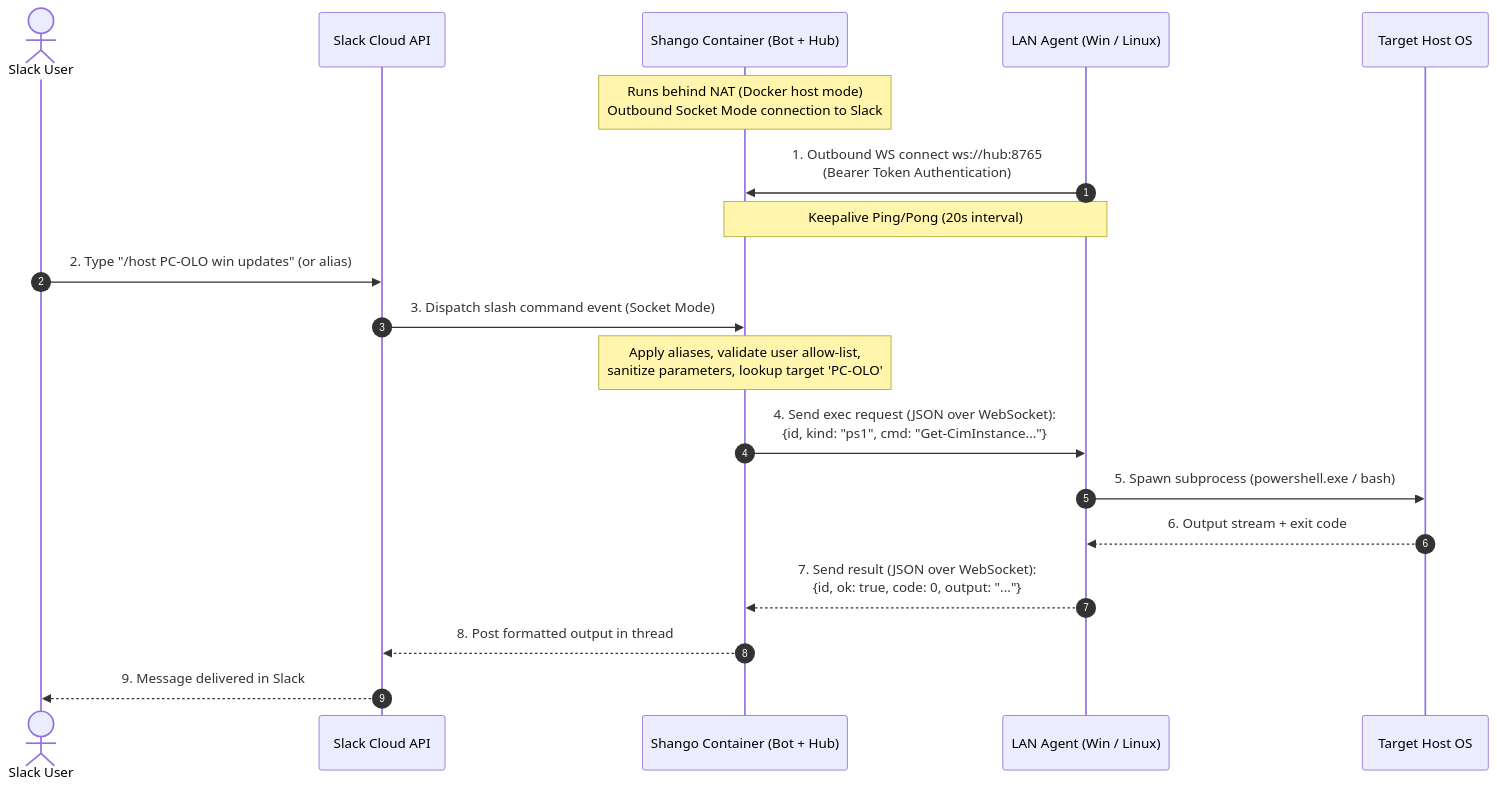
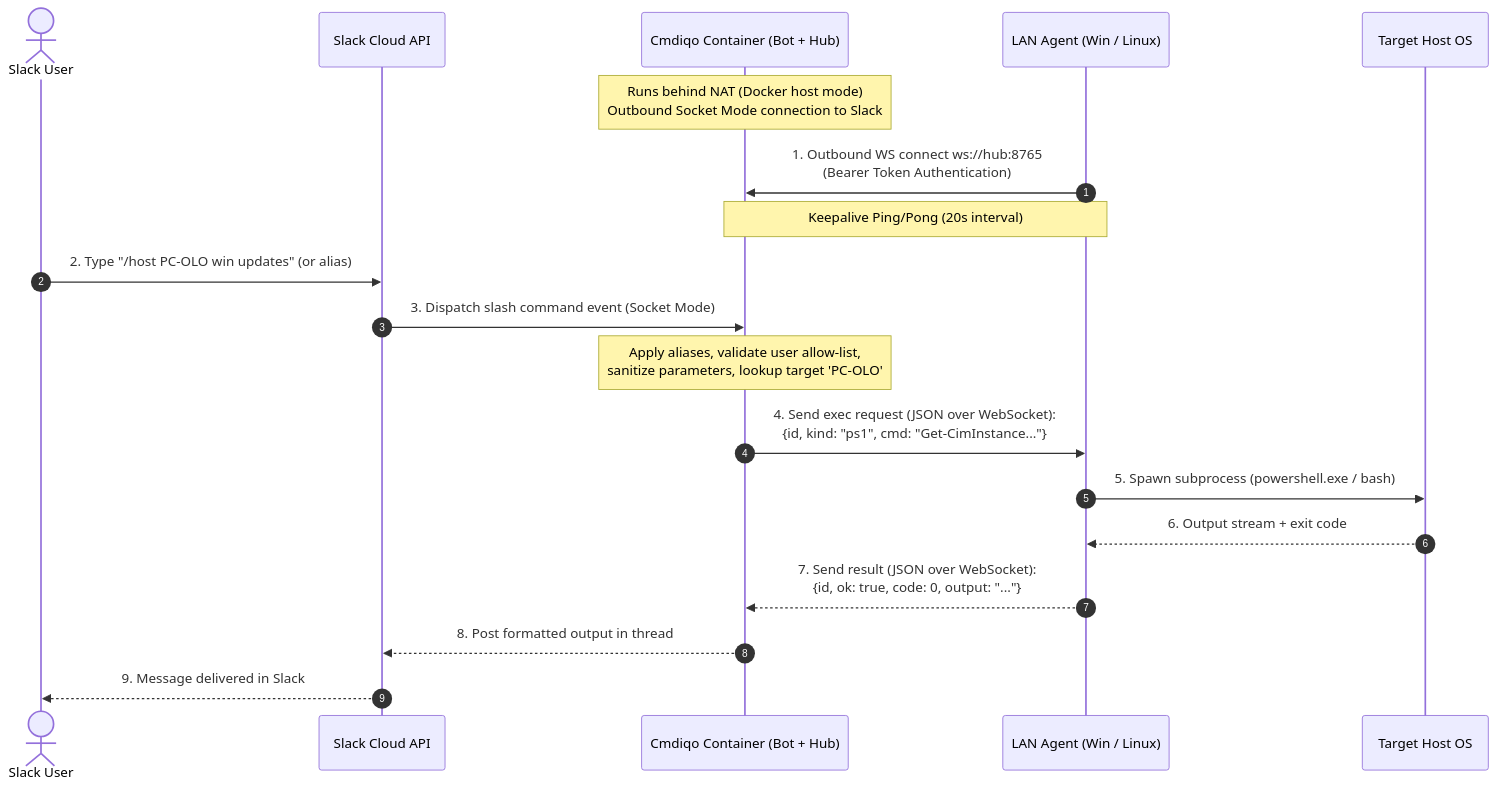
Before and after one commit to lhotakj/cmdiqo: the diagram in README.md, drawn with Mermaid. The commit also changed other lines of this file and 52 other files, not shown here.

````diff
--- a/README.md
+++ b/README.md
@@ -343,23 +343,23 @@
 ```mermaid
 sequenceDiagram
     autonumber
     actor User as Slack User
     participant Slack as Slack Cloud API
-    participant Bot as Shango Container (Bot + Hub)
+    participant Bot as Cmdiqo Container (Bot + Hub)
     participant Agent as LAN Agent (Win / Linux)
     participant Host as Target Host OS
 
     Note over Bot: Runs behind NAT (Docker host mode)<br/>Outbound Socket Mode connection to Slack
     Agent->>Bot: 1. Outbound WS connect ws://hub:8765<br/>(Bearer Token Authentication)
     Note over Bot,Agent: Keepalive Ping/Pong (20s interval)
 
     User->>Slack: 2. Type "/host PC-OLO win updates" (or alias)
     Slack->>Bot: 3. Dispatch slash command event (Socket Mode)
     Note over Bot: Apply aliases, validate user allow-list,<br/>sanitize parameters, lookup target 'PC-OLO'
     Bot->>Agent: 4. Send exec request (JSON over WebSocket):<br/>{id, kind: "ps1", cmd: "Get-CimInstance..."}
     Agent->>Host: 5. Spawn subprocess (powershell.exe / bash)
     Host-->>Agent: 6. Output stream + exit code
     Agent-->>Bot: 7. Send result (JSON over WebSocket):<br/>{id, ok: true, code: 0, output: "..."}
     Bot-->>Slack: 8. Post formatted output in thread
     Slack-->>User: 9. Message delivered in Slack
 ```
````
